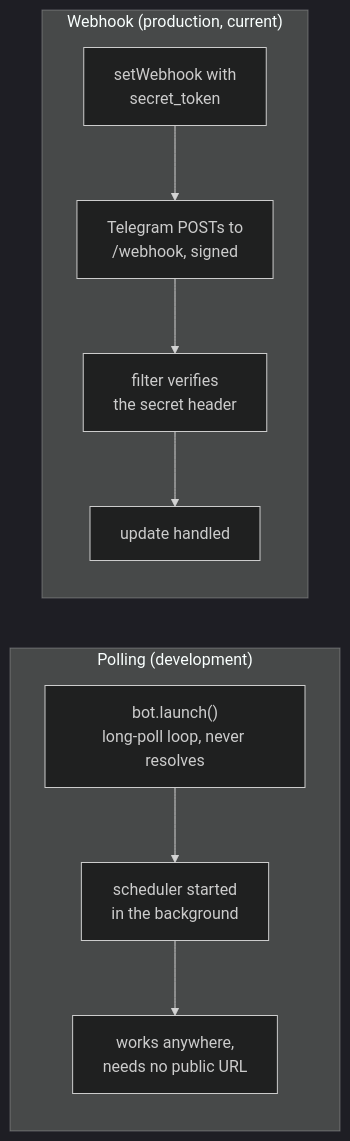
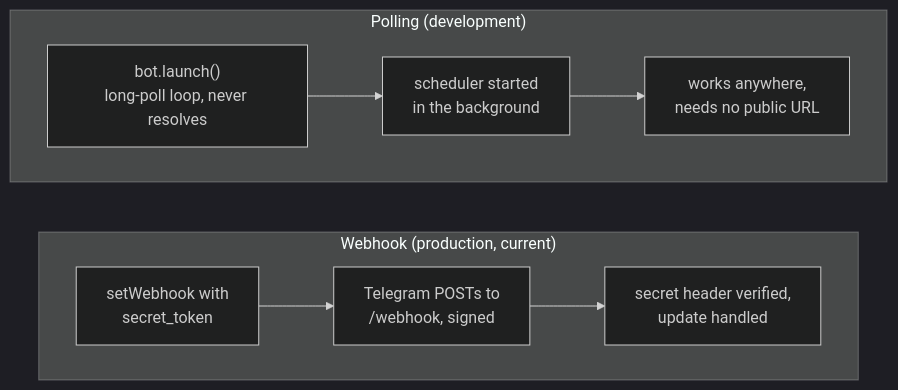
One commit to e1010101/my-helper changed the ninth of 11 diagrams in docs/architecture.md. Above: the diagram before and after it, drawn with Mermaid (dark theme). The commit also changed other lines of this file and 9 other files, not shown here.

First line of the commit message:
docs: add GitNexus guidance and correct architecture gaps

````diff
--- a/docs/architecture.md
+++ b/docs/architecture.md
@@ -438,13 +418,14 @@
 ```mermaid
-flowchart LR
+flowchart TB
     subgraph Polling["Polling (development)"]
-        A1["bot.launch()<br/>long-poll loop, never resolves"] --> A2["scheduler started<br/>in the background"]
-        A2 --> A3["works anywhere,<br/>needs no public URL"]
+        direction LR
+        A1["bot.launch()<br/>long-poll loop, never resolves"] --> A2["scheduler started<br/>in the background"] --> A3["works anywhere,<br/>needs no public URL"]
     end
 
     subgraph Webhook["Webhook (production, current)"]
-        B1["Telegram POSTs to<br/>/webhook, signed"] --> B2["filter verifies<br/>the secret header"]
-        B2 --> B3["update handled"]
-        B4["setWebhook with<br/>secret_token"] --> B1
+        direction LR
+        B4["setWebhook with<br/>secret_token"] --> B1["Telegram POSTs to<br/>/webhook, signed"] --> B2["secret header verified,<br/>update handled"]
     end
+
+    Polling ~~~ Webhook
 ```
````
